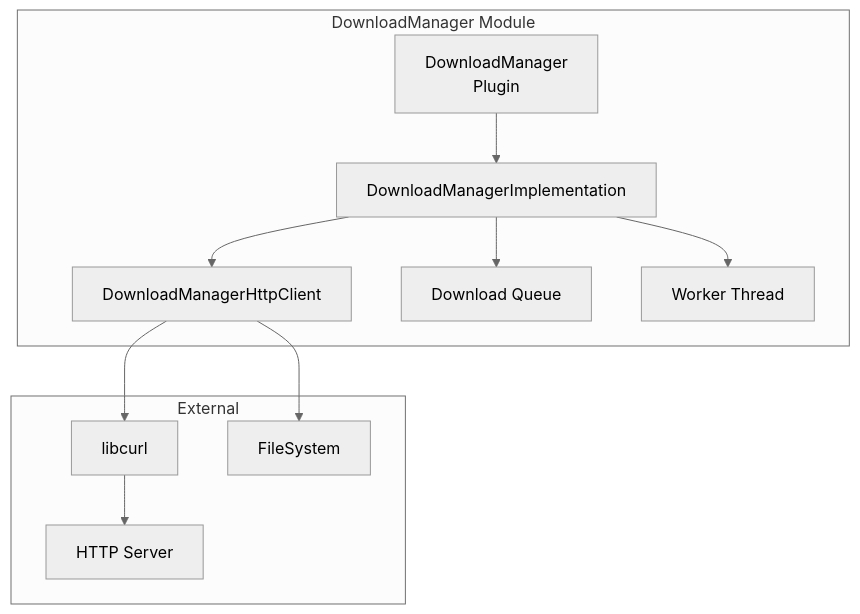
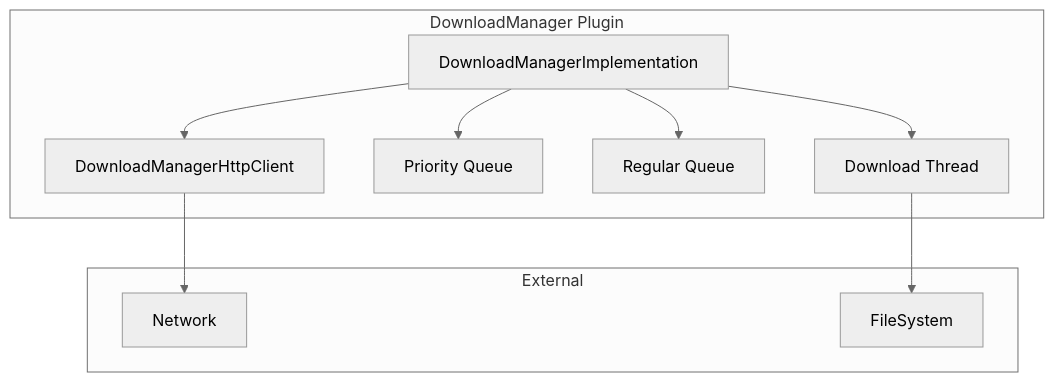
One commit to rdkcentral/entservices-appmanagers changed the first of 2 diagrams in DownloadManager/DownloadManager.md. Above: the diagram before and after it, drawn with Mermaid (neutral theme). The commit also changed other lines of this file and 19 other files, not shown here.

````diff
--- a/DownloadManager/DownloadManager.md
+++ b/DownloadManager/DownloadManager.md
@@ -26,24 +32,22 @@
 ```mermaid
 graph TB
-    subgraph "DownloadManager Module"
-        DM[DownloadManager<br/>Plugin]
-        DMI[DownloadManagerImplementation]
-        HC[DownloadManagerHttpClient]
-        DQ[Download Queue]
-        WT[Worker Thread]
+    subgraph "DownloadManager Plugin"
+        Impl[DownloadManagerImplementation]
+        HTTP[DownloadManagerHttpClient]
+        PQ[Priority Queue]
+        RQ[Regular Queue]
+        DT[Download Thread]
     end
 
     subgraph "External"
-        CURL[libcurl]
+        Net[Network]
         FS[FileSystem]
-        Network[HTTP Server]
     end
 
-    DM --> DMI
-    DMI --> HC
-    DMI --> DQ
-    DMI --> WT
-    HC --> CURL
-    HC --> FS
-    CURL --> Network
+    Impl --> HTTP
+    Impl --> PQ
+    Impl --> RQ
+    Impl --> DT
+    HTTP --> Net
+    DT --> FS
 ```
````
